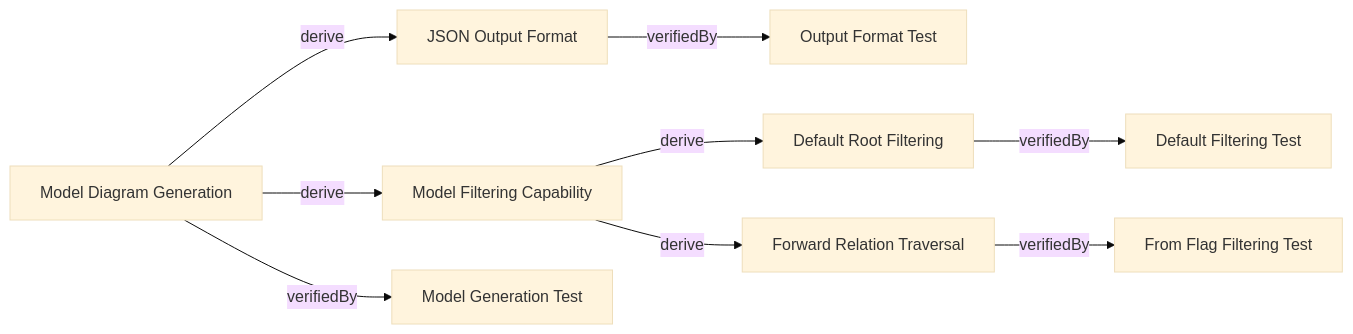
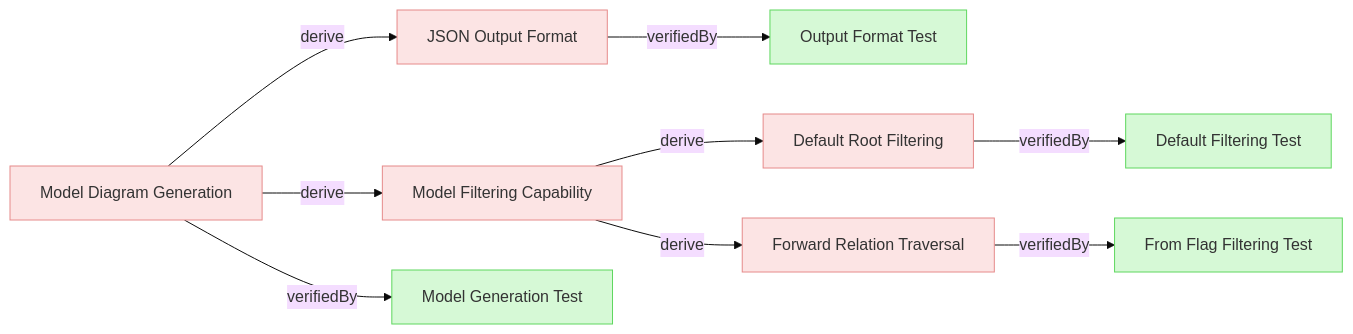
The diagram in tests/test-model-command/expected_filtered_output.md (reqvire-org/reqvire), drawn with Mermaid (base theme) before and after one commit. The commit also changed 8 other files, not shown here.

First line of the commit message:
Add interactive diagrams with colors and links to model view

````diff
--- a/tests/test-model-command/expected_filtered_output.md
+++ b/tests/test-model-command/expected_filtered_output.md
@@ -13,28 +13,67 @@
 ```mermaid
 graph LR
+  classDef userRequirement fill:#f9d6d6,stroke:#f55f5f,stroke-width:1px;
+  classDef systemRequirement fill:#fce4e4,stroke:#e68a8a,stroke-width:1px;
+  classDef verification fill:#d6f9d6,stroke:#5fd75f,stroke-width:1px;
+  classDef default fill:#f5f5f5,stroke:#333333,stroke-width:1px;
+
   4f998d84bbf8f547["Model Diagram Generation"];
+  class 4f998d84bbf8f547 systemRequirement;
+  click 4f998d84bbf8f547 "specifications/SystemRequirements.md#model-diagram-generation";
   f27d93928246808["JSON Output Format"];
+  class f27d93928246808 systemRequirement;
+  click f27d93928246808 "specifications/SystemRequirements.md#json-output-format";
   4f998d84bbf8f547 -->|derive| f27d93928246808;
   f27d93928246808["JSON Output Format"];
+  class f27d93928246808 systemRequirement;
+  click f27d93928246808 "specifications/SystemRequirements.md#json-output-format";
   8cc3b7ebaf3ea9b["Output Format Test"];
+  class 8cc3b7ebaf3ea9b verification;
+  click 8cc3b7ebaf3ea9b "specifications/Verifications/Tests.md#output-format-test";
   f27d93928246808 -->|verifiedBy| 8cc3b7ebaf3ea9b;
   8cc3b7ebaf3ea9b["Output Format Test"];
+  class 8cc3b7ebaf3ea9b verification;
+  click 8cc3b7ebaf3ea9b "specifications/Verifications/Tests.md#output-format-test";
   1ca5a7c02ab1c5f4["Model Filtering Capability"];
+  class 1ca5a7c02ab1c5f4 systemRequirement;
+  click 1ca5a7c02ab1c5f4 "specifications/SystemRequirements.md#model-filtering-capability";
   4f998d84bbf8f547 -->|derive| 1ca5a7c02ab1c5f4;
   1ca5a7c02ab1c5f4["Model Filtering Capability"];
+  class 1ca5a7c02ab1c5f4 systemRequirement;
+  click 1ca5a7c02ab1c5f4 "specifications/SystemRequirements.md#model-filtering-capability";
   5b114dac21ad2026["Default Root Filtering"];
+  class 5b114dac21ad2026 systemRequirement;
+  click 5b114dac21ad2026 "specifications/SystemRequirements.md#default-root-filtering";
   1ca5a7c02ab1c5f4 -->|derive| 5b114dac21ad2026;
   5b114dac21ad2026["Default Root Filtering"];
+  class 5b114dac21ad2026 systemRequirement;
+  click 5b114dac21ad2026 "specifications/SystemRequirements.md#default-root-filtering";
   c28803f3ded267fb["Default Filtering Test"];
+  class c28803f3ded267fb verification;
+  click c28803f3ded267fb "specifications/Verifications/Tests.md#default-filtering-test";
   5b114dac21ad2026 -->|verifiedBy| c28803f3ded267fb;
   c28803f3ded267fb["Default Filtering Test"];
+  class c28803f3ded267fb verification;
+  click c28803f3ded267fb "specifications/Verifications/Tests.md#default-filtering-test";
   46fbef5d552a5c01["Forward Relation Traversal"];
+  class 46fbef5d552a5c01 systemRequirement;
+  click 46fbef5d552a5c01 "specifications/SystemRequirements.md#forward-relation-traversal";
   1ca5a7c02ab1c5f4 -->|derive| 46fbef5d552a5c01;
   46fbef5d552a5c01["Forward Relation Traversal"];
+  class 46fbef5d552a5c01 systemRequirement;
+  click 46fbef5d552a5c01 "specifications/SystemRequirements.md#forward-relation-traversal";
   15d847f8ebf34901["From Flag Filtering Test"];
+  class 15d847f8ebf34901 verification;
+  click 15d847f8ebf34901 "specifications/Verifications/Tests.md#from-flag-filtering-test";
   46fbef5d552a5c01 -->|verifiedBy| 15d847f8ebf34901;
   15d847f8ebf34901["From Flag Filtering Test"];
+  class 15d847f8ebf34901 verification;
+  click 15d847f8ebf34901 "specifications/Verifications/Tests.md#from-flag-filtering-test";
   e80d22d575e02537["Model Generation Test"];
+  class e80d22d575e02537 verification;
+  click e80d22d575e02537 "specifications/Verifications/Tests.md#model-generation-test";
   4f998d84bbf8f547 -->|verifiedBy| e80d22d575e02537;
   e80d22d575e02537["Model Generation Test"];
+  class e80d22d575e02537 verification;
+  click e80d22d575e02537 "specifications/Verifications/Tests.md#model-generation-test";
 ```
````
